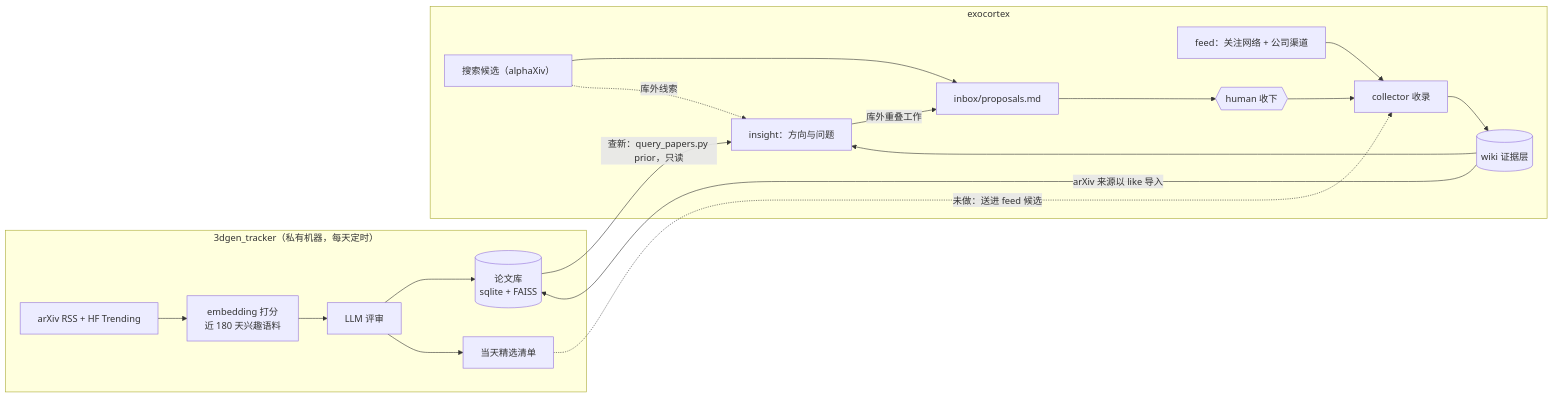
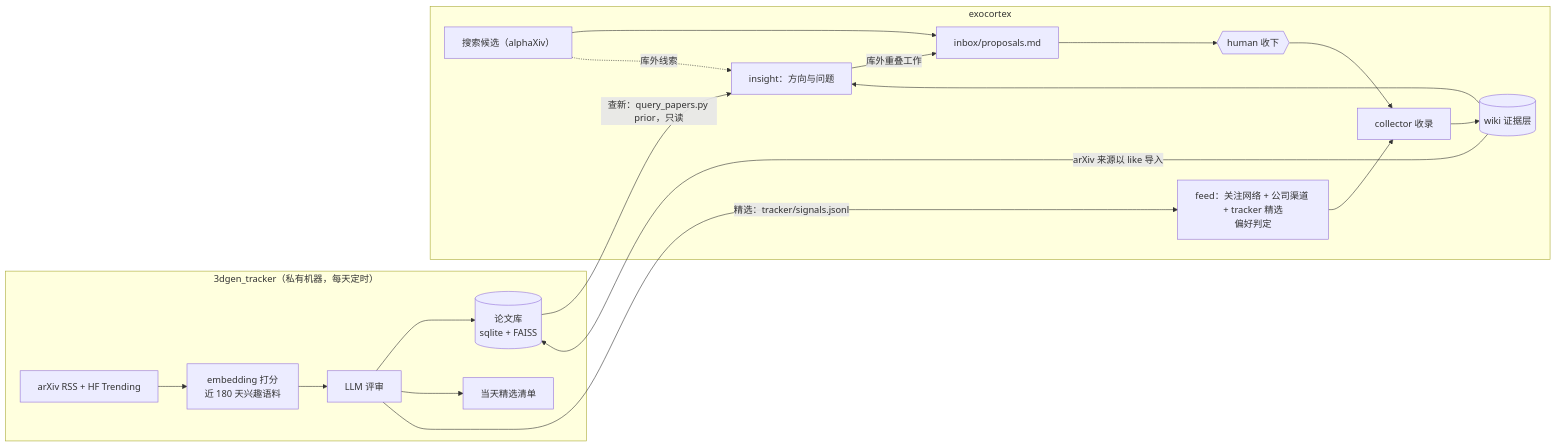
Before and after one commit to ZJLi2013/exocortex: the first of 2 diagrams in docs/design.md, drawn with Mermaid. The commit also changed other lines of this file and 4 other files, not shown here.

First line of the commit message:
Read 3dgen_tracker's daily picks as a third feed source (#49)

````diff
--- a/docs/design.md
+++ b/docs/design.md
@@ -13,18 +13,18 @@
 ```mermaid
 flowchart LR
   subgraph T["3dgen_tracker（私有机器，每天定时）"]
     rss["arXiv RSS + HF Trending"] --> emb["embedding 打分<br/>近 180 天兴趣语料"] --> ed["LLM 评审"]
     ed --> db[("论文库<br/>sqlite + FAISS")]
     ed --> top["当天精选清单"]
   end
   subgraph E["exocortex"]
-    feed["feed：关注网络 + 公司渠道"] --> col["collector 收录"]
+    feed["feed：关注网络 + 公司渠道 + tracker 精选<br/>偏好判定"] --> col["collector 收录"]
     srch["搜索候选（alphaXiv）"] --> prop["inbox/proposals.md"] --> hum{{"human 收下"}} --> col
     col --> wiki[("wiki 证据层")] --> ins["insight：方向与问题"]
   end
   wiki -- "arXiv 来源以 like 导入" --> db
   db -- "查新：query_papers.py prior，只读" --> ins
   srch -. "库外线索" .-> ins
   ins -- "库外重叠工作" --> prop
-  top -. "未做：送进 feed 候选" .-> col
+  ed -- "精选：tracker/signals.jsonl" --> feed
 ```
````
